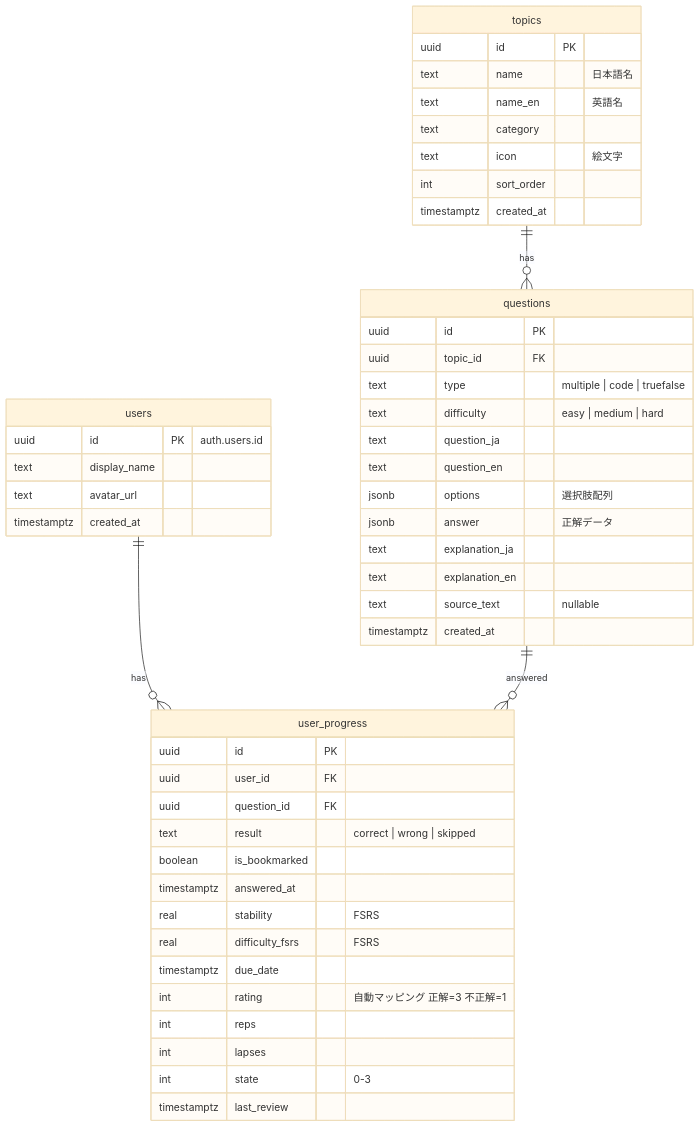
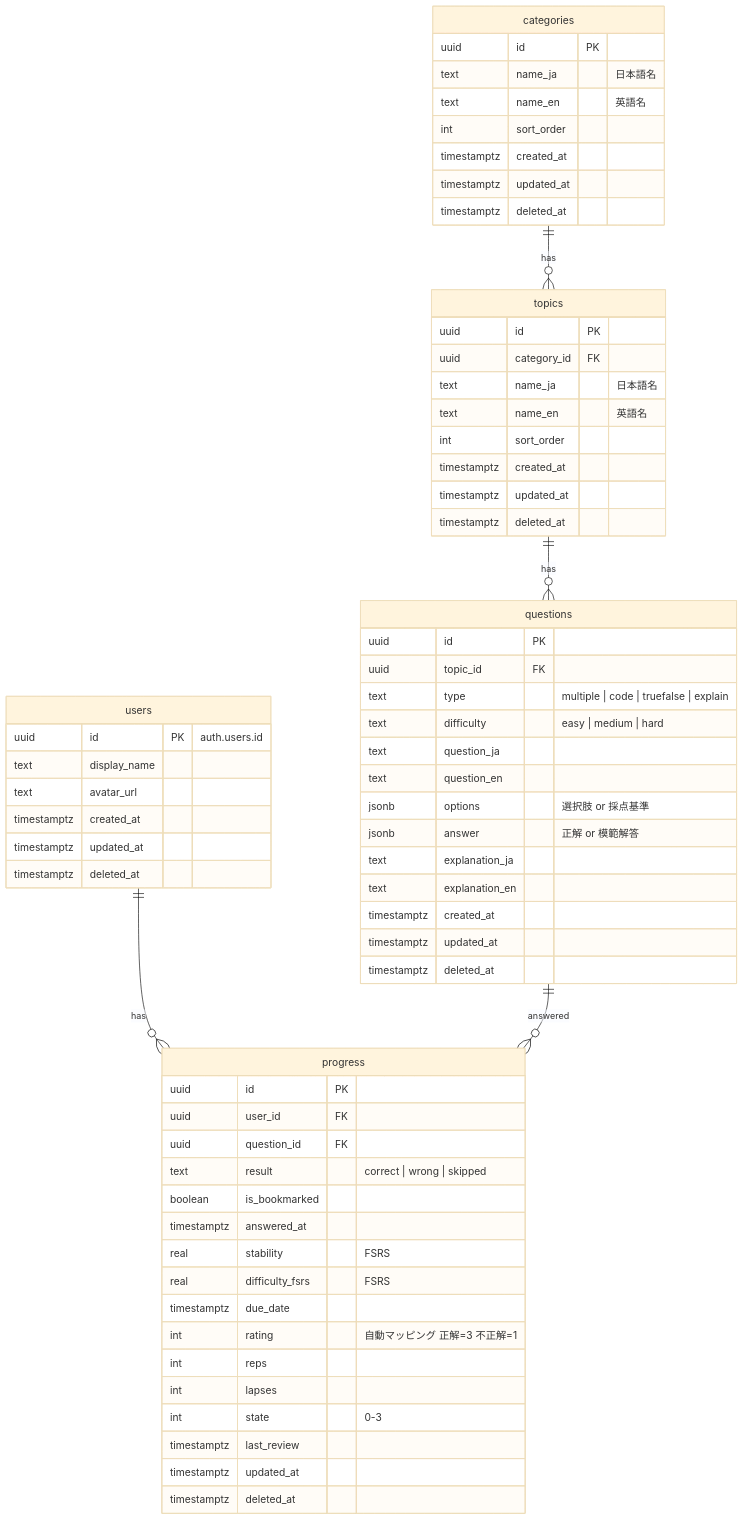
Before and after one commit to kohei240155/techinterviewprep: the diagram in docs/database-design.md, drawn with Mermaid (base theme). The commit also changed other lines of this file and 1 other file, not shown here.

First line of the commit message:
refactor: DB設計正規化 — categories分離・name_ja統一・progress改名・explainタイプ追加

````diff
--- a/docs/database-design.md
+++ b/docs/database-design.md
@@ -9,55 +9,72 @@
 ```mermaid
 erDiagram
-    users ||--o{ user_progress : "has"
+    categories ||--o{ topics : "has"
+    users ||--o{ progress : "has"
     topics ||--o{ questions : "has"
-    questions ||--o{ user_progress : "answered"
+    questions ||--o{ progress : "answered"
 
     users {
         uuid id PK "auth.users.id"
         text display_name
         text avatar_url
         timestamptz created_at
+        timestamptz updated_at
+        timestamptz deleted_at
+    }
+
+    categories {
+        uuid id PK
+        text name_ja "日本語名"
+        text name_en "英語名"
+        int sort_order
+        timestamptz created_at
+        timestamptz updated_at
+        timestamptz deleted_at
     }
 
     topics {
         uuid id PK
-        text name "日本語名"
+        uuid category_id FK
+        text name_ja "日本語名"
         text name_en "英語名"
-        text category
-        text icon "絵文字"
         int sort_order
         timestamptz created_at
+        timestamptz updated_at
+        timestamptz deleted_at
     }
 
     questions {
         uuid id PK
         uuid topic_id FK
-        text type "multiple | code | truefalse"
+        text type "multiple | code | truefalse | explain"
         text difficulty "easy | medium | hard"
         text question_ja
         text question_en
-        jsonb options "選択肢配列"
-        jsonb answer "正解データ"
+        jsonb options "選択肢 or 採点基準"
+        jsonb answer "正解 or 模範解答"
         text explanation_ja
         text explanation_en
-        text source_text "nullable"
         timestamptz created_at
+        timestamptz updated_at
+        timestamptz deleted_at
     }
 
-    user_progress {
+    progress {
         uuid id PK
         uuid user_id FK
         uuid question_id FK
         text result "correct | wrong | skipped"
         boolean is_bookmarked
         timestamptz answered_at
         real stability "FSRS"
         real difficulty_fsrs "FSRS"
         timestamptz due_date
         int rating "自動マッピング 正解=3 不正解=1"
         int reps
         int lapses
         int state "0-3"
         timestamptz last_review
+        timestamptz updated_at
+        timestamptz deleted_at
     }
 ```
````
